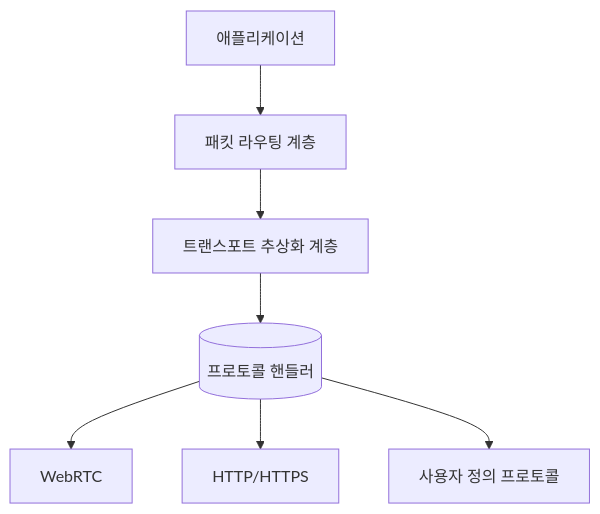
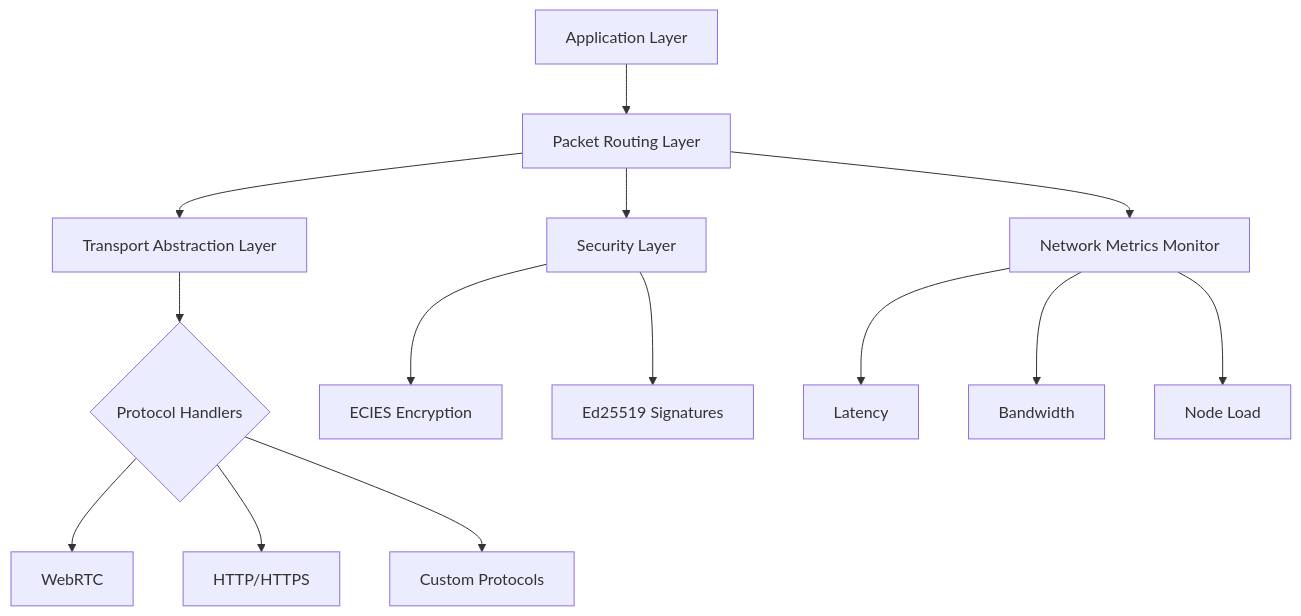
One commit to gosuda/supernet changed the diagram in README.md. Above: the diagram before and after it, drawn with Mermaid. The commit also changed other lines of this file and 1 other file, not shown here.

````diff
--- a/README.md
+++ b/README.md
@@ -15,9 +24,16 @@
 ```mermaid
 graph TD
-    A[애플리케이션] --> B[패킷 라우팅 계층]
-    B --> C[트랜스포트 추상화 계층]
-    C --> D[(프로토콜 핸들러)]
-    D --> E[WebRTC]
-    D --> F[HTTP/HTTPS]
-    D --> G[사용자 정의 프로토콜]
+    A[Application Layer] --> B[Packet Routing Layer]
+    B --> C[Security Layer]
+    B --> D[Transport Abstraction Layer]
+    D --> E{Protocol Handlers}
+    E --> F[WebRTC]
+    E --> G[HTTP/HTTPS]
+    E --> H[Custom Protocols]
+    C --> I[ECIES Encryption]
+    C --> J[Ed25519 Signatures]
+    B --> K[Network Metrics Monitor]
+    K --> L[Latency]
+    K --> M[Bandwidth]
+    K --> N[Node Load]
 ```
````
